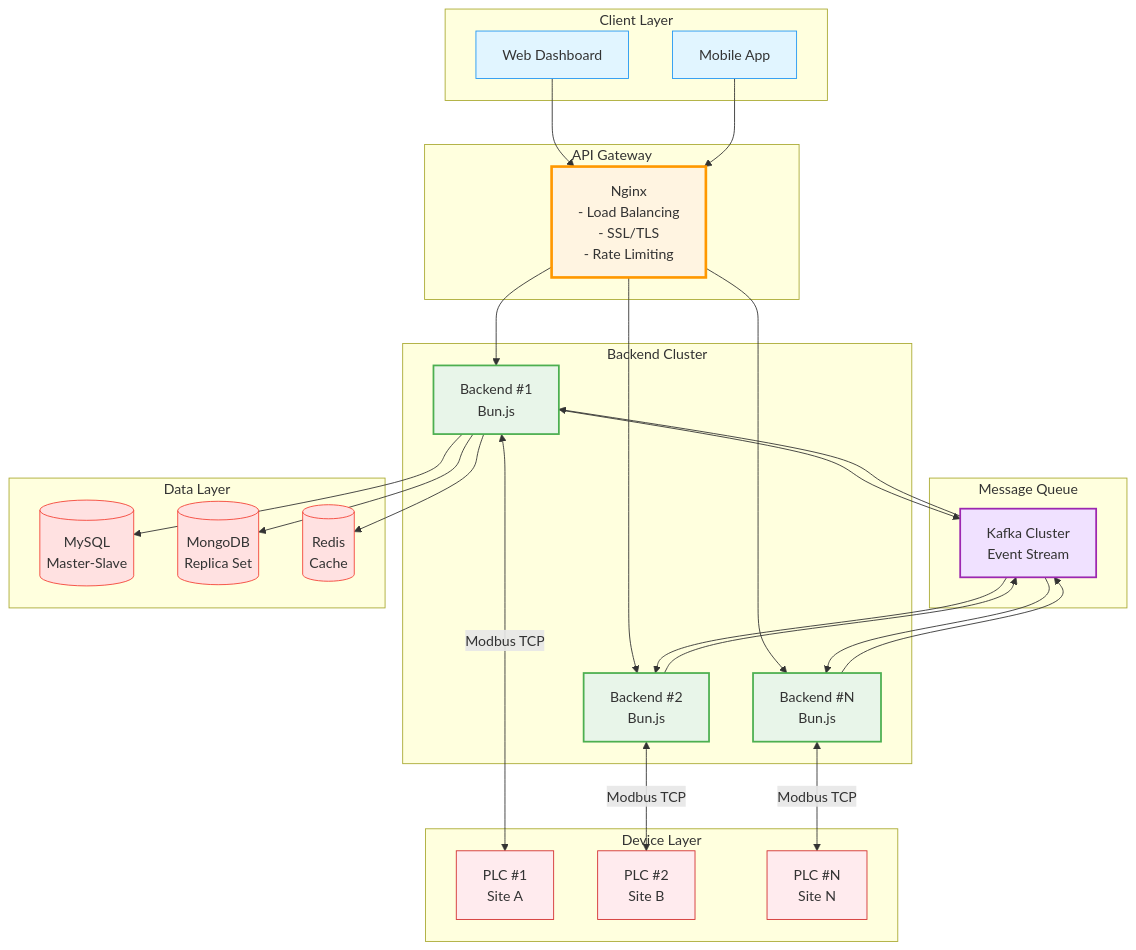
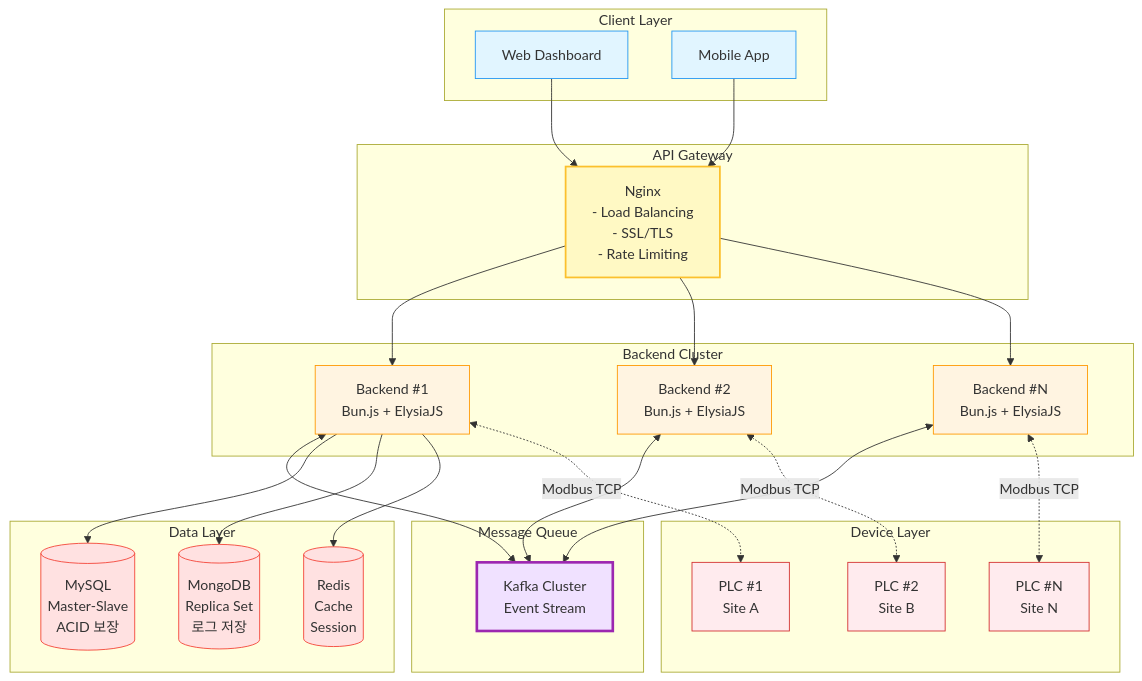
Before and after one commit to 1985jwlee/production-iot-backend: the second of 13 diagrams in README.md, drawn with Mermaid. The commit also changed other lines of this file and 1 other file, not shown here.

````diff
--- a/README.md
+++ b/README.md
@@ -63,69 +78,66 @@
 ```mermaid
 graph TB
     subgraph "Client Layer"
         WEB[Web Dashboard]
         MOBILE[Mobile App]
     end
     
     subgraph "API Gateway"
         NGINX[Nginx<br/>- Load Balancing<br/>- SSL/TLS<br/>- Rate Limiting]
     end
     
     subgraph "Backend Cluster"
-        BE1[Backend #1<br/>Bun.js]
-        BE2[Backend #2<br/>Bun.js]
-        BE3[Backend #N<br/>Bun.js]
+        BE1[Backend #1<br/>Bun.js + ElysiaJS]
+        BE2[Backend #2<br/>Bun.js + ElysiaJS]
+        BE3[Backend #N<br/>Bun.js + ElysiaJS]
     end
     
     subgraph "Message Queue"
         KAFKA[Kafka Cluster<br/>Event Stream]
     end
     
     subgraph "Data Layer"
-        MYSQL[(MySQL<br/>Master-Slave)]
-        MONGO[(MongoDB<br/>Replica Set)]
-        REDIS[(Redis<br/>Cache)]
+        MYSQL[(MySQL<br/>Master-Slave<br/>ACID 보장)]
+        MONGO[(MongoDB<br/>Replica Set<br/>로그 저장)]
+        REDIS[(Redis<br/>Cache<br/>Session)]
     end
     
     subgraph "Device Layer"
         PLC1[PLC #1<br/>Site A]
         PLC2[PLC #2<br/>Site B]
         PLCN[PLC #N<br/>Site N]
     end
     
     WEB --> NGINX
     MOBILE --> NGINX
+    
     NGINX --> BE1
     NGINX --> BE2
     NGINX --> BE3
     
-    BE1 --> KAFKA
-    BE2 --> KAFKA
-    BE3 --> KAFKA
+    BE1 <--> KAFKA
+    BE2 <--> KAFKA
+    BE3 <--> KAFKA
     
     BE1 --> MYSQL
     BE1 --> MONGO
     BE1 --> REDIS
     
-    KAFKA --> BE1
-    KAFKA --> BE2
-    KAFKA --> BE3
-    
-    BE1 <-->|Modbus TCP| PLC1
-    BE2 <-->|Modbus TCP| PLC2
-    BE3 <-->|Modbus TCP| PLCN
+    BE1 <-.->|Modbus TCP| PLC1
+    BE2 <-.->|Modbus TCP| PLC2
+    BE3 <-.->|Modbus TCP| PLCN
     
     style WEB fill:#e1f5ff,stroke:#2196f3
     style MOBILE fill:#e1f5ff,stroke:#2196f3
-    style NGINX fill:#fff4e1,stroke:#ff9800,stroke-width:3px
-    style BE1 fill:#e8f5e9,stroke:#4caf50,stroke-width:2px
-    style BE2 fill:#e8f5e9,stroke:#4caf50,stroke-width:2px
-    style BE3 fill:#e8f5e9,stroke:#4caf50,stroke-width:2px
-    style KAFKA fill:#f0e1ff,stroke:#9c27b0,stroke-width:2px
+    style NGINX fill:#fff9c4,stroke:#fbc02d,stroke-width:2px
+    style BE1 fill:#fff4e1,stroke:#ff9800
+    style BE2 fill:#fff4e1,stroke:#ff9800
+    style BE3 fill:#fff4e1,stroke:#ff9800
+    style KAFKA fill:#f0e1ff,stroke:#9c27b0,stroke-width:3px
     style MYSQL fill:#ffe1e1,stroke:#f44336
     style MONGO fill:#ffe1e1,stroke:#f44336
     style REDIS fill:#ffe1e1,stroke:#f44336
     style PLC1 fill:#ffebee,stroke:#d32f2f
     style PLC2 fill:#ffebee,stroke:#d32f2f
     style PLCN fill:#ffebee,stroke:#d32f2f
 ```
````
